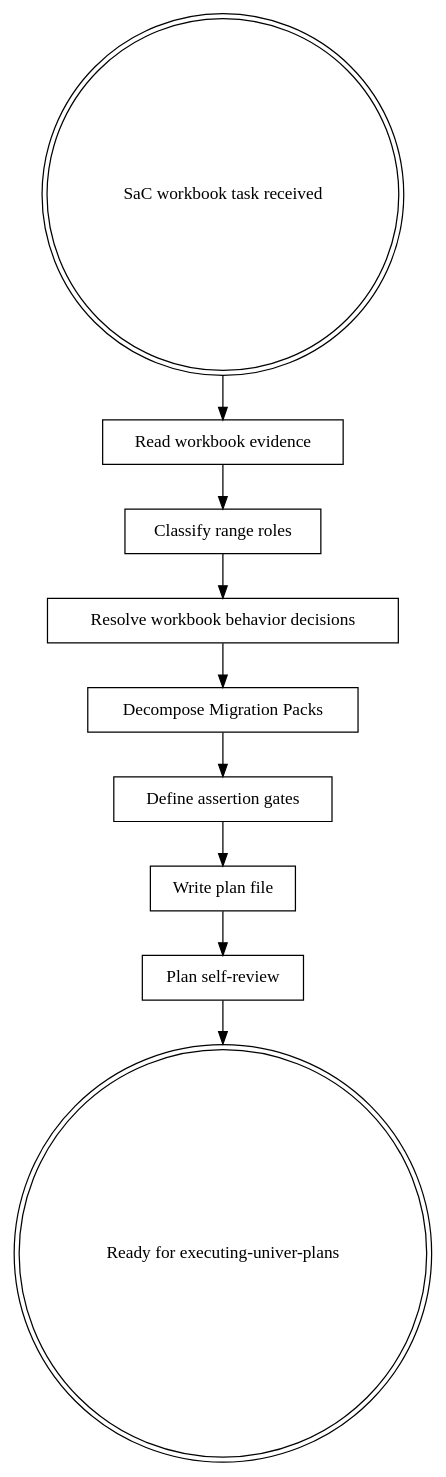
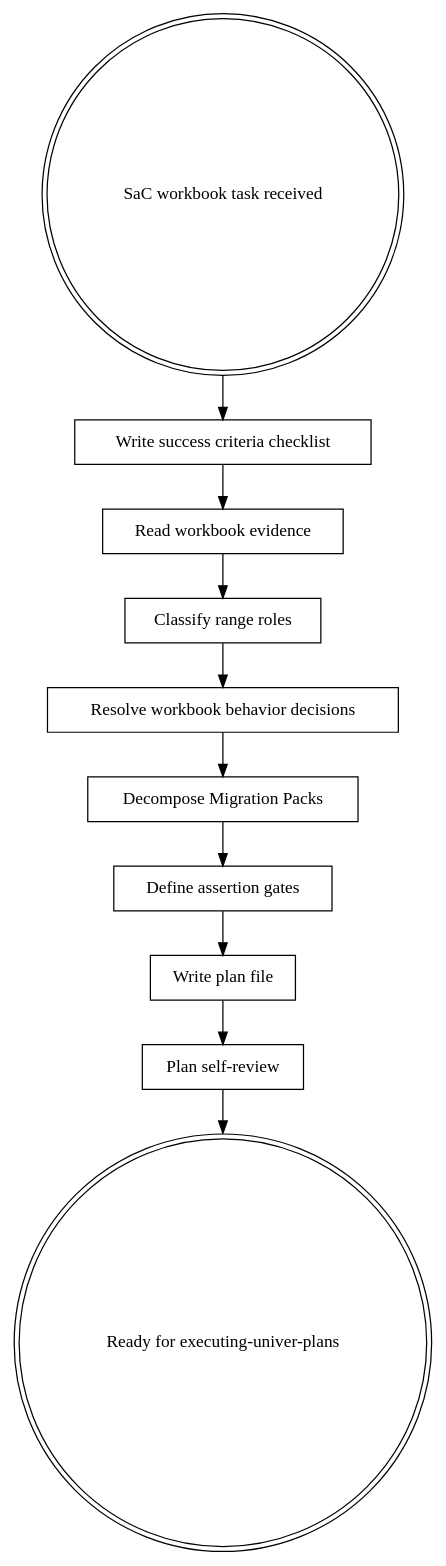
One commit to dream-num/skills changed the diagram in skills/writing-univer-plans/SKILL.md. Above: the diagram before and after it, drawn with Graphviz. The commit also changed other lines of this file and 3 other files, not shown here.

Commit message:
Add pre-plan success criteria guidance

````diff
--- a/skills/writing-univer-plans/SKILL.md
+++ b/skills/writing-univer-plans/SKILL.md
@@ -26,22 +27,24 @@
 ```dot
 digraph writing_univer_plans {
     "SaC workbook task received" [shape=doublecircle];
+    "Write success criteria checklist" [shape=box];
     "Read workbook evidence" [shape=box];
     "Classify range roles" [shape=box];
     "Resolve workbook behavior decisions" [shape=box];
     "Decompose Migration Packs" [shape=box];
     "Define assertion gates" [shape=box];
     "Write plan file" [shape=box];
     "Plan self-review" [shape=box];
     "Ready for executing-univer-plans" [shape=doublecircle];
 
-    "SaC workbook task received" -> "Read workbook evidence";
+    "SaC workbook task received" -> "Write success criteria checklist";
+    "Write success criteria checklist" -> "Read workbook evidence";
     "Read workbook evidence" -> "Classify range roles";
     "Classify range roles" -> "Resolve workbook behavior decisions";
     "Resolve workbook behavior decisions" -> "Decompose Migration Packs";
     "Decompose Migration Packs" -> "Define assertion gates";
     "Define assertion gates" -> "Write plan file";
     "Write plan file" -> "Plan self-review";
     "Plan self-review" -> "Ready for executing-univer-plans";
 }
 ```
````
